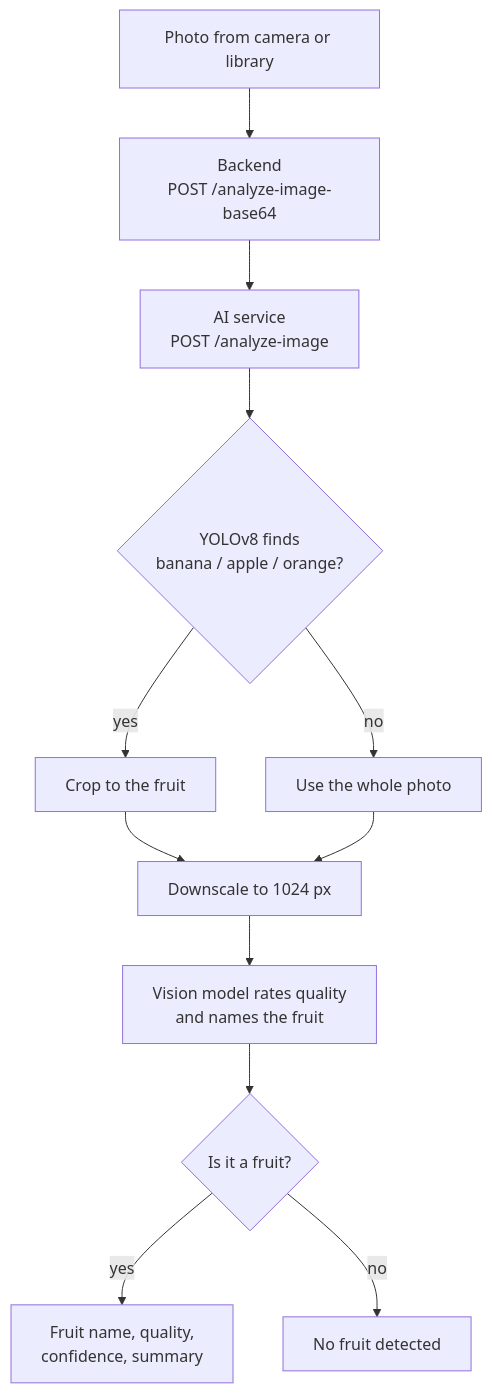
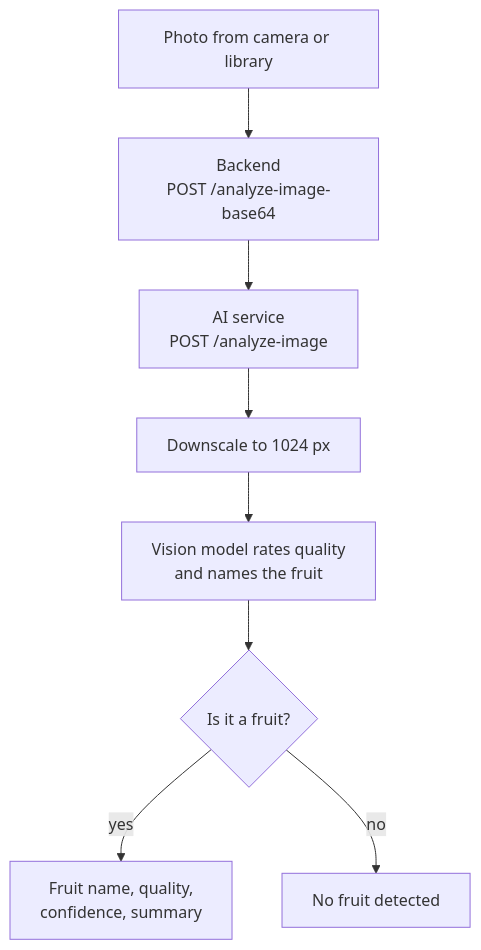
The third of 5 diagrams in README.md (edisban/HealthScan), drawn with Mermaid before and after one commit. The commit also changed other lines of this file and 28 other files, not shown here.

````diff
--- a/README.md
+++ b/README.md
@@ -146,14 +142,10 @@
 ```mermaid
 flowchart TD
     A[Photo from camera or library] --> B[Backend<br/>POST /analyze-image-base64]
     B --> C[AI service<br/>POST /analyze-image]
-    C --> D{YOLOv8 finds<br/>banana / apple / orange?}
-    D -- yes --> E[Crop to the fruit]
-    D -- no --> F[Use the whole photo]
-    E --> G[Downscale to 1024 px]
-    F --> G
+    C --> G[Downscale to 1024 px]
     G --> H[Vision model rates quality<br/>and names the fruit]
     H --> I{Is it a fruit?}
     I -- yes --> J[Fruit name, quality,<br/>confidence, summary]
     I -- no --> K[No fruit detected]
 ```
````
